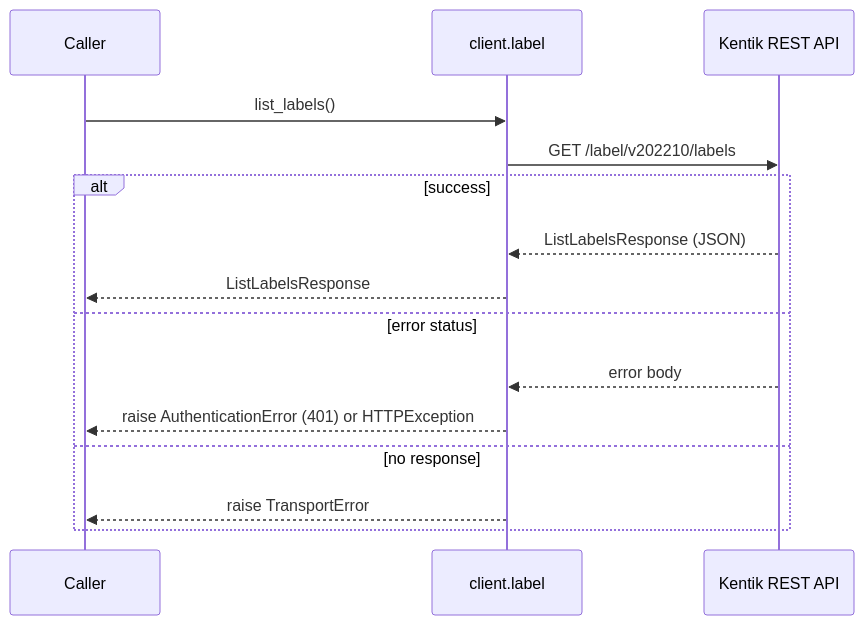
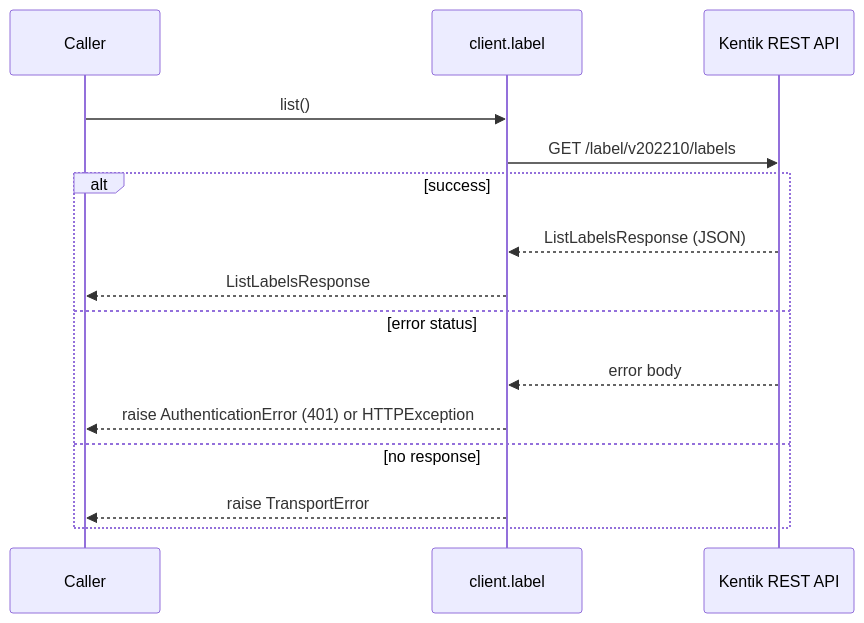
Before and after one commit to alexdearaujo/community_sdk_python: the second of 10 diagrams in docs/sphinx/services/label.md, drawn with Mermaid. The commit also changed other lines of this file and 119 other files, not shown here.

````diff
--- a/docs/sphinx/services/label.md
+++ b/docs/sphinx/services/label.md
@@ -38,18 +38,18 @@
 ```mermaid
 sequenceDiagram
     participant C as Caller
     participant W as client.label
     participant API as Kentik REST API
 
-    C->>W: list_labels()
+    C->>W: list()
     W->>API: GET /label/v202210/labels
     alt success
         API-->>W: ListLabelsResponse (JSON)
         W-->>C: ListLabelsResponse
     else error status
         API-->>W: error body
         W-->>C: raise AuthenticationError (401) or HTTPException
     else no response
         W-->>C: raise TransportError
     end
 ```
````
